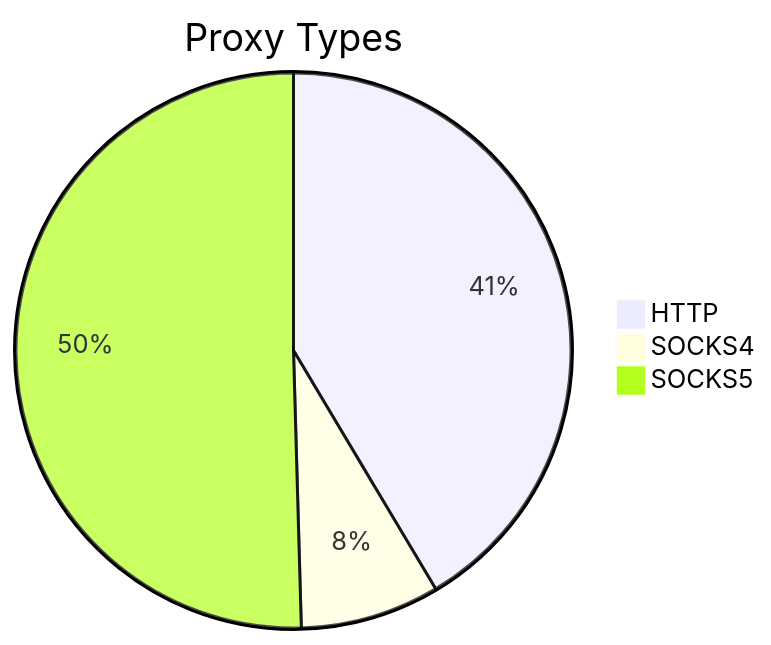
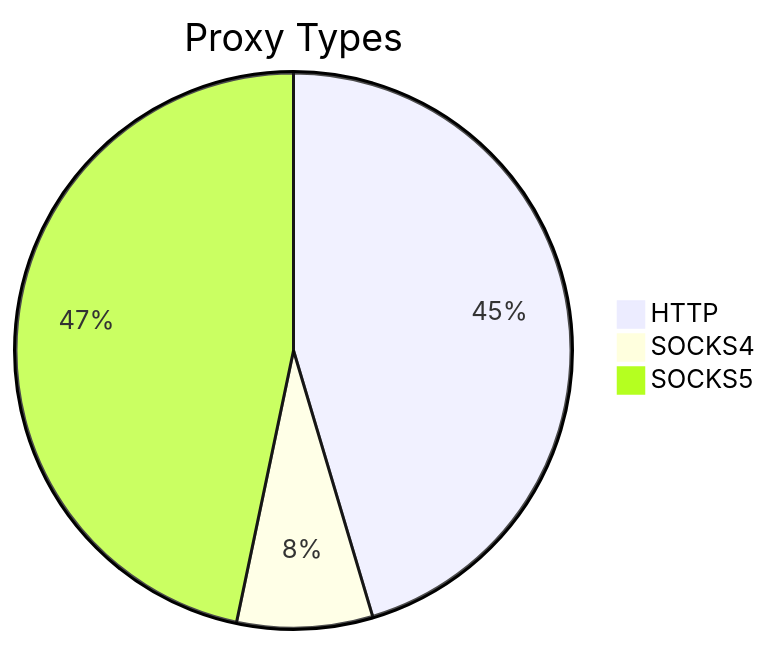
Before and after one commit to stormsia/proxy-list: the first of 2 diagrams in README.md, drawn with Mermaid. The commit also changed other lines of this file, not shown here.

````diff
--- a/README.md
+++ b/README.md
@@ -21,6 +21,6 @@
 ```mermaid
 pie title Proxy Types
-    "HTTP" : 138
-    "SOCKS4" : 27
-    "SOCKS5" : 168
+    "HTTP" : 69
+    "SOCKS4" : 12
+    "SOCKS5" : 71
 ```
````
